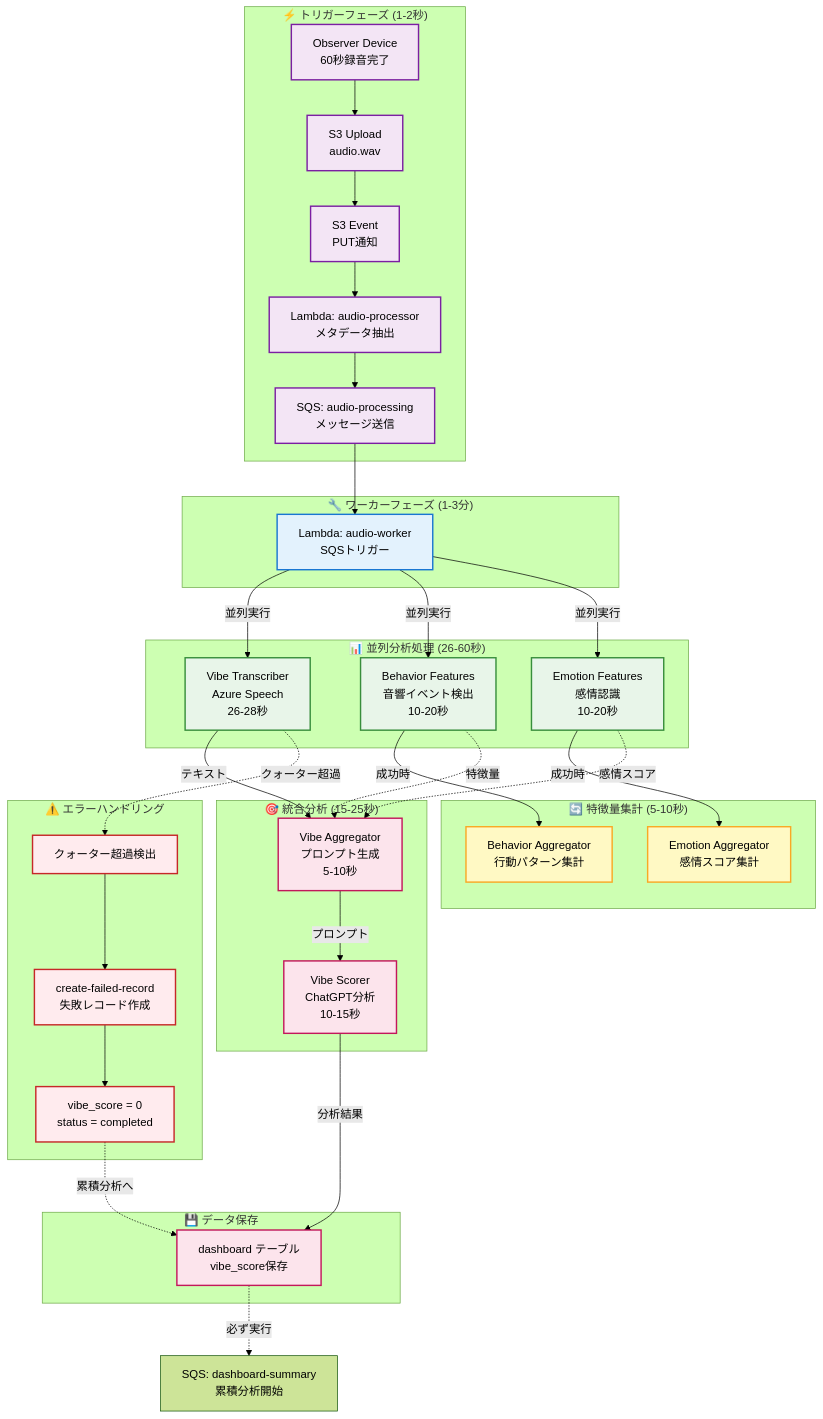
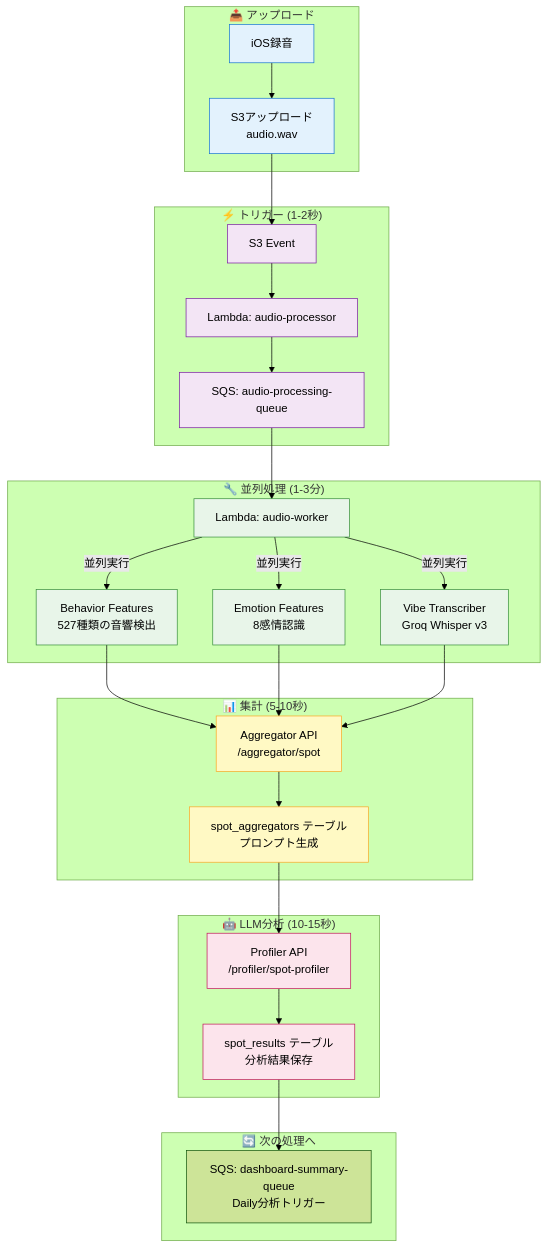
One commit to hey-watchme/server-configs changed the first of 2 diagrams in docs/PROCESSING_ARCHITECTURE.md. Above: the diagram before and after it, drawn with Mermaid (forest theme). The commit also changed other lines of this file and 2 other files, not shown here.

First line of the commit message:
docs: update documentation to reflect Daily analysis completion

````diff
--- a/docs/PROCESSING_ARCHITECTURE.md
+++ b/docs/PROCESSING_ARCHITECTURE.md
@@ -188,77 +39,55 @@
 ```mermaid
 graph TB
-    subgraph Trigger["⚡ トリガーフェーズ (1-2秒)"]
-        A[Observer Device<br/>60秒録音完了]
-        B[S3 Upload<br/>audio.wav]
-        C[S3 Event<br/>PUT通知]
-        D[Lambda: audio-processor<br/>メタデータ抽出]
-        E[SQS: audio-processing<br/>メッセージ送信]
+    subgraph Upload["📤 アップロード"]
+        A[iOS録音]
+        B[S3アップロード<br/>audio.wav]
     end
 
-    subgraph Worker["🔧 ワーカーフェーズ (1-3分)"]
-        F[Lambda: audio-worker<br/>SQSトリガー]
+    subgraph Trigger["⚡ トリガー (1-2秒)"]
+        C[S3 Event]
+        D[Lambda: audio-processor]
+        E[SQS: audio-processing-queue]
     end
 
-    subgraph Parallel["📊 並列分析処理 (26-60秒)"]
-        G1[Vibe Transcriber<br/>Azure Speech<br/>26-28秒]
-        G2[Behavior Features<br/>音響イベント検出<br/>10-20秒]
-        G3[Emotion Features<br/>感情認識<br/>10-20秒]
+    subgraph Worker["🔧 並列処理 (1-3分)"]
+        F[Lambda: audio-worker]
+        G1[Behavior Features<br/>527種類の音響検出]
+        G2[Emotion Features<br/>8感情認識]
+        G3[Vibe Transcriber<br/>Groq Whisper v3]
     end
 
-    subgraph FeatureAgg["🔄 特徴量集計 (5-10秒)"]
-        H1[Behavior Aggregator<br/>行動パターン集計]
-        H2[Emotion Aggregator<br/>感情スコア集計]
+    subgraph Aggregation["📊 集計 (5-10秒)"]
+        H[Aggregator API<br/>/aggregator/spot]
+        I[spot_aggregators テーブル<br/>プロンプト生成]
     end
 
-    subgraph Integration["🎯 統合分析 (15-25秒)"]
-        I[Vibe Aggregator<br/>プロンプト生成<br/>5-10秒]
-        J[Vibe Scorer<br/>ChatGPT分析<br/>10-15秒]
+    subgraph Analysis["🤖 LLM分析 (10-15秒)"]
+        J[Profiler API<br/>/profiler/spot-profiler]
+        K[spot_results テーブル<br/>分析結果保存]
     end
 
-    subgraph Storage["💾 データ保存"]
-        K[dashboard テーブル<br/>vibe_score保存]
+    subgraph NextStep["🔄 次の処理へ"]
+        L[SQS: dashboard-summary-queue<br/>Daily分析トリガー]
     end
 
-    subgraph ErrorHandling["⚠️ エラーハンドリング"]
-        L[クォーター超過検出]
-        M[create-failed-record<br/>失敗レコード作成]
-        N[vibe_score = 0<br/>status = completed]
-    end
-
-    %% 正常フロー
     A --> B --> C --> D --> E --> F
     F -->|並列実行| G1
     F -->|並列実行| G2
     F -->|並列実行| G3
+    G1 --> H
+    G2 --> H
+    G3 --> H
+    H --> I --> J --> K --> L
 
-    G2 -->|成功時| H1
-    G3 -->|成功時| H2
+    classDef uploadStyle fill:#e3f2fd,stroke:#1976d2
+    classDef triggerStyle fill:#f3e5f5,stroke:#7b1fa2
+    classDef workerStyle fill:#e8f5e9,stroke:#388e3c
+    classDef aggStyle fill:#fff9c4,stroke:#f9a825
+    classDef analysisStyle fill:#fce4ec,stroke:#c2185b
 
-    G1 -->|テキスト| I
-    G2 -.->|特徴量| I
-    G3 -.->|感情スコア| I
-
-    I -->|プロンプト| J
-    J -->|分析結果| K
-
-    %% エラーフロー
-    G1 -.->|クォーター超過| L
-    L --> M --> N
-    N -.->|累積分析へ| K
-
-    K -.->|必ず実行| SQS2[SQS: dashboard-summary<br/>累積分析開始]
-
-    classDef triggerStyle fill:#f3e5f5,stroke:#7b1fa2,stroke-width:2px
-    classDef workerStyle fill:#e3f2fd,stroke:#1976d2,stroke-width:2px
-    classDef processStyle fill:#e8f5e9,stroke:#388e3c,stroke-width:2px
-    classDef aggStyle fill:#fff9c4,stroke:#f9a825,stroke-width:2px
-    classDef integrationStyle fill:#fce4ec,stroke:#c2185b,stroke-width:2px
-    classDef errorStyle fill:#ffebee,stroke:#c62828,stroke-width:2px
-
-    class A,B,C,D,E triggerStyle
-    class F workerStyle
-    class G1,G2,G3 processStyle
-    class H1,H2 aggStyle
-    class I,J,K integrationStyle
-    class L,M,N errorStyle
+    class A,B uploadStyle
+    class C,D,E triggerStyle
+    class F,G1,G2,G3 workerStyle
+    class H,I aggStyle
+    class J,K analysisStyle
 ```
````
